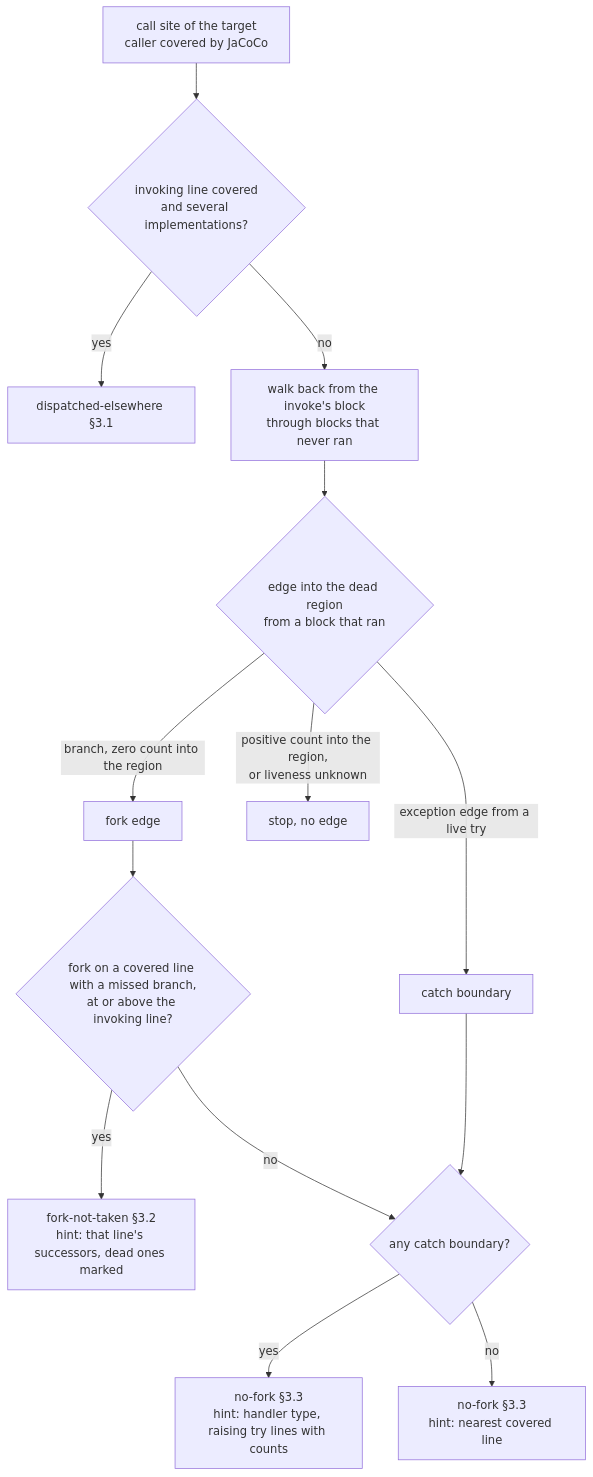
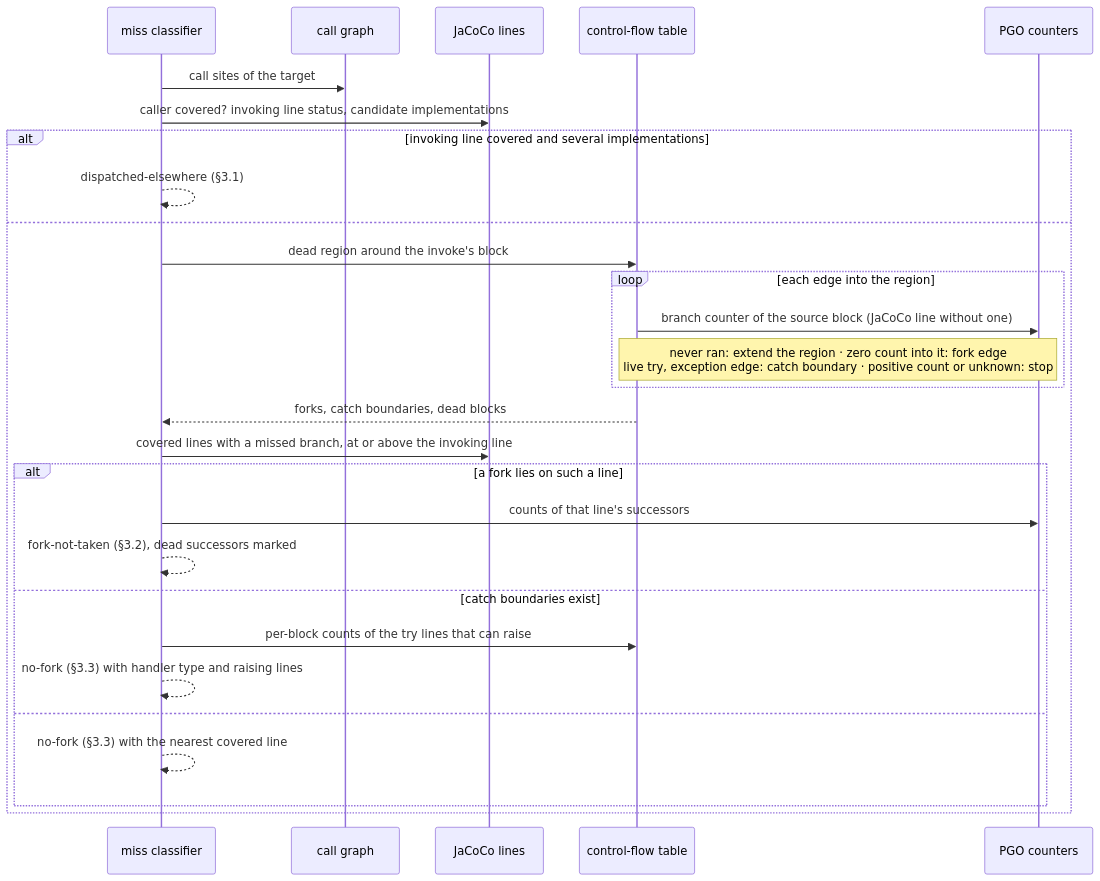
Before and after one commit to oracle/graalvm-reachability-metadata: the diagram in forge/docs/architecture/code-coverage/deep-navigation.md, drawn with Mermaid.

Commit message:
Spec: sequence diagram of the per-site miss decision

````diff
--- a/forge/docs/architecture/code-coverage/deep-navigation.md
+++ b/forge/docs/architecture/code-coverage/deep-navigation.md
@@ -171,16 +171,30 @@
 ```mermaid
-flowchart TD
-    S[call site of the target<br/>caller covered by JaCoCo] --> D{invoking line covered<br/>and several implementations?}
-    D -- yes --> DE[dispatched-elsewhere §3.1]
-    D -- no --> W[walk back from the invoke's block<br/>through blocks that never ran]
-    W --> E{edge into the dead region<br/>from a block that ran}
-    E -- "branch, zero count into the region" --> F[fork edge]
-    E -- "exception edge from a live try" --> C[catch boundary]
-    E -- "positive count into the region,<br/>or liveness unknown" --> X[stop, no edge]
-    F --> L{fork on a covered line with a missed branch,<br/>at or above the invoking line?}
-    L -- yes --> FT[fork-not-taken §3.2<br/>hint: that line's successors, dead ones marked]
-    L -- no --> N
-    C --> N{any catch boundary?}
-    N -- yes --> NC[no-fork §3.3<br/>hint: handler type, raising try lines with counts]
-    N -- no --> NF[no-fork §3.3<br/>hint: nearest covered line]
+sequenceDiagram
+    participant M as miss classifier
+    participant G as call graph
+    participant J as JaCoCo lines
+    participant F as control-flow table
+    participant P as PGO counters
+    M->>G: call sites of the target
+    M->>J: caller covered? invoking line status, candidate implementations
+    alt invoking line covered and several implementations
+        M-->>M: dispatched-elsewhere (§3.1)
+    else
+        M->>F: dead region around the invoke's block
+        loop each edge into the region
+            F->>P: branch counter of the source block (JaCoCo line without one)
+            Note over F,P: never ran: extend the region · zero count into it: fork edge<br/>live try, exception edge: catch boundary · positive count or unknown: stop
+        end
+        F-->>M: forks, catch boundaries, dead blocks
+        M->>J: covered lines with a missed branch, at or above the invoking line
+        alt a fork lies on such a line
+            M->>P: counts of that line's successors
+            M-->>M: fork-not-taken (§3.2), dead successors marked
+        else catch boundaries exist
+            M->>F: per-block counts of the try lines that can raise
+            M-->>M: no-fork (§3.3) with handler type and raising lines
+        else
+            M-->>M: no-fork (§3.3) with the nearest covered line
+        end
+    end
 ```
````
